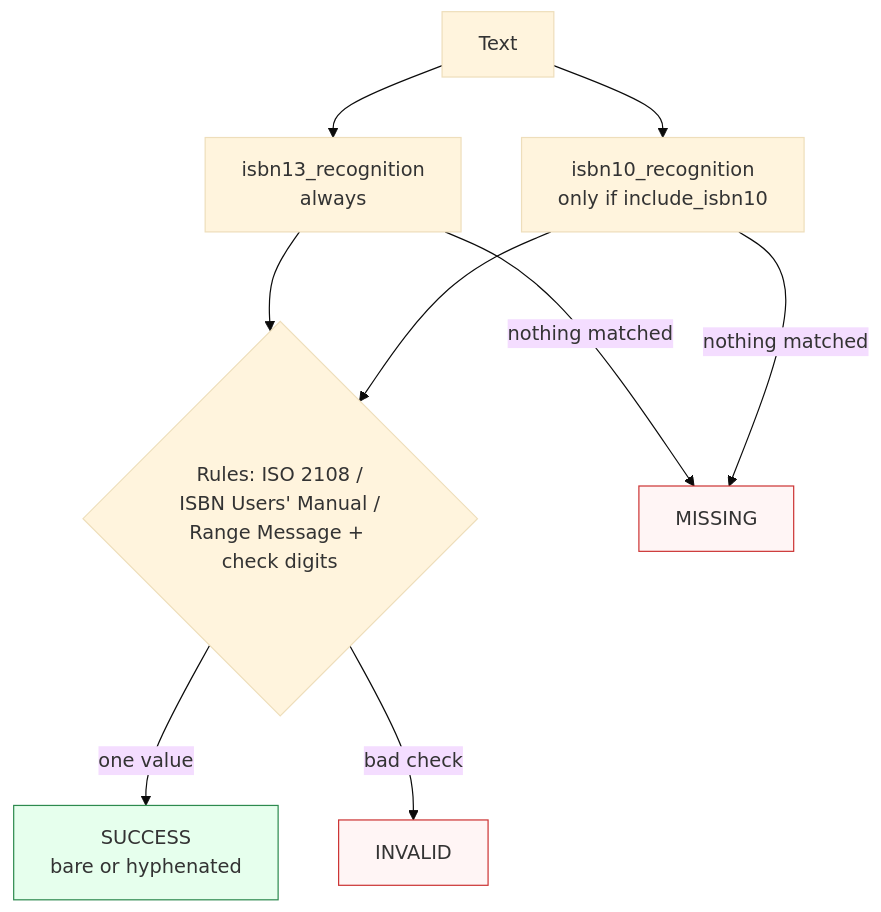
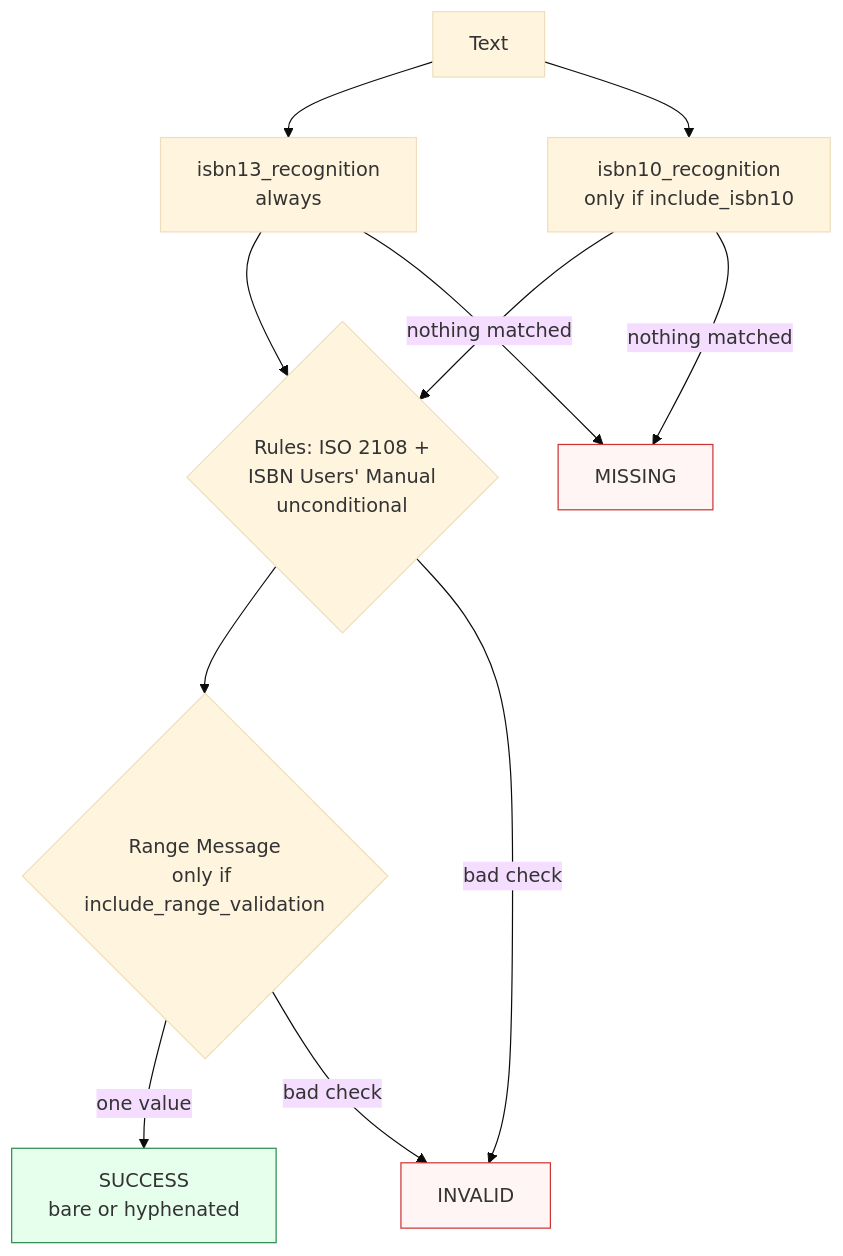
The diagram in docs/user/capabilities/isbn.md (azaharizaman/paxman-python), drawn with Mermaid (base theme) before and after one commit. The commit also changed other lines of this file and 11 other files, not shown here.

````diff
--- a/docs/user/capabilities/isbn.md
+++ b/docs/user/capabilities/isbn.md
@@ -69,13 +69,15 @@
 ```mermaid
 flowchart TB
     A[Text] --> G1[isbn13_recognition<br>always]
     A --> G2[isbn10_recognition<br>only if include_isbn10]
-    G1 & G2 --> R{Rules: ISO 2108 /<br>ISBN Users' Manual /<br>Range Message + check digits}
-    R -->|one value| OK[SUCCESS<br>bare or hyphenated]
+    G1 & G2 --> R{Rules: ISO 2108 +<br>ISBN Users' Manual<br>unconditional}
+    R --> R2{Range Message<br>only if include_range_validation}
+    R2 -->|one value| OK[SUCCESS<br>bare or hyphenated]
     R -->|bad check| INV[INVALID]
+    R2 -->|bad check| INV
     G1 & G2 -->|nothing matched| MISS[MISSING]
 
     style OK fill:#e6ffed,stroke:#2d8a4e
     style INV fill:#fff5f5,stroke:#cc3333
     style MISS fill:#fff5f5,stroke:#cc3333
 ```
````
